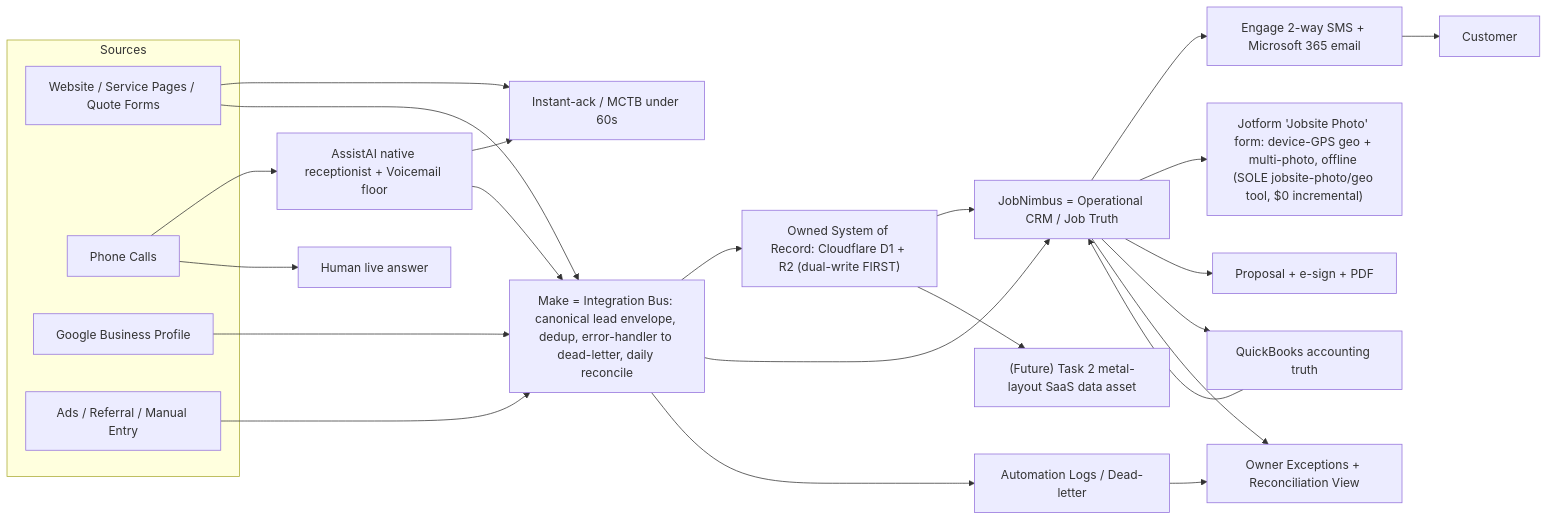
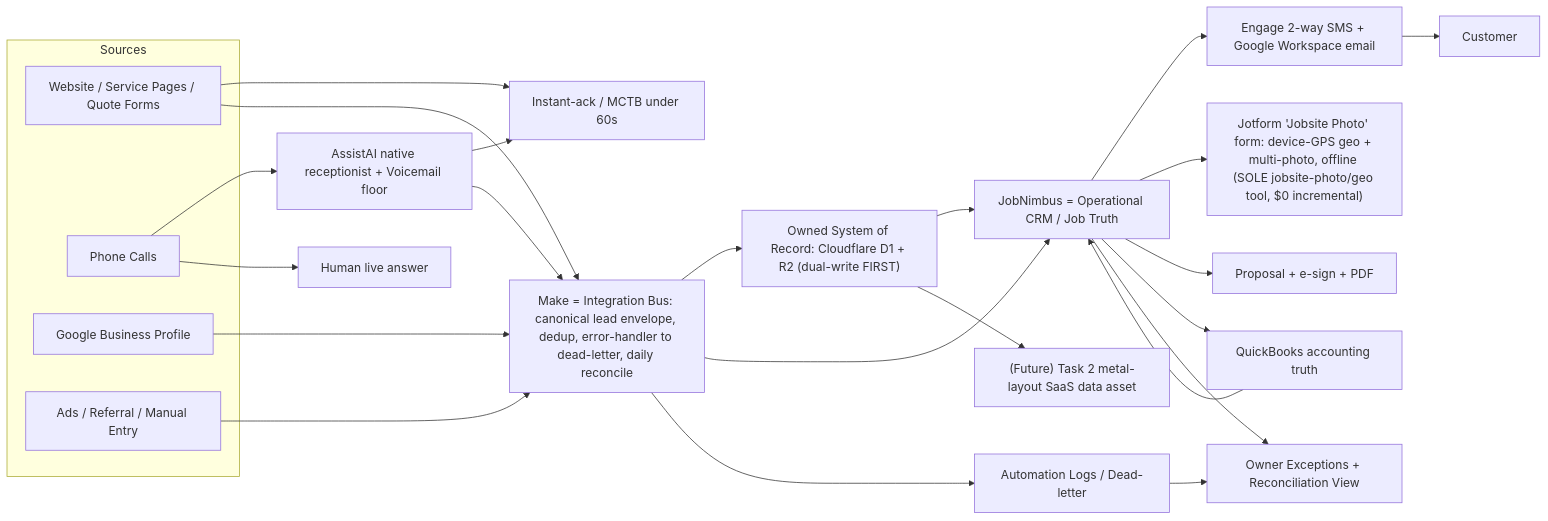
Before and after one commit to Iron-Wrap/ironwrap-os: the first of 3 diagrams in final-spec-pack/01-system-architecture.md, drawn with Mermaid. The commit also changed other lines of this file and 36 other files, not shown here.

````diff
--- a/final-spec-pack/01-system-architecture.md
+++ b/final-spec-pack/01-system-architecture.md
@@ -10,34 +10,34 @@
 ```mermaid
 flowchart LR
   subgraph Sources
     Web["Website / Service Pages / Quote Forms"]
     Phone["Phone Calls"]
     GBP["Google Business Profile"]
     Refs["Ads / Referral / Manual Entry"]
   end
 
   Phone --> AssistAI["AssistAI native receptionist + Voicemail floor"]
   Phone --> Human["Human live answer"]
   AssistAI --> MCTB["Instant-ack / MCTB under 60s"]
   Web --> MCTB
   Web --> Bus
   AssistAI --> Bus
   GBP --> Bus
   Refs --> Bus
 
   Bus["Make = Integration Bus: canonical lead envelope, dedup, error-handler to dead-letter, daily reconcile"]
   Bus --> Owned["Owned System of Record: Cloudflare D1 + R2 (dual-write FIRST)"]
   Owned --> JN["JobNimbus = Operational CRM / Job Truth"]
   Bus --> JN
 
-  JN --> Engage["Engage 2-way SMS + Microsoft 365 email"]
+  JN --> Engage["Engage 2-way SMS + Google Workspace email"]
   Engage --> Customer["Customer"]
   JN --> Jotform["Jotform 'Jobsite Photo' form: device-GPS geo + multi-photo, offline (SOLE jobsite-photo/geo tool, $0 incremental)"]
   JN --> Proposal["Proposal + e-sign + PDF"]
   JN --> QB["QuickBooks accounting truth"]
   QB --> JN
   JN --> Exceptions["Owner Exceptions + Reconciliation View"]
   Bus --> Logs["Automation Logs / Dead-letter"]
   Logs --> Exceptions
   Owned --> Task2["(Future) Task 2 metal-layout SaaS data asset"]
 ```
````
